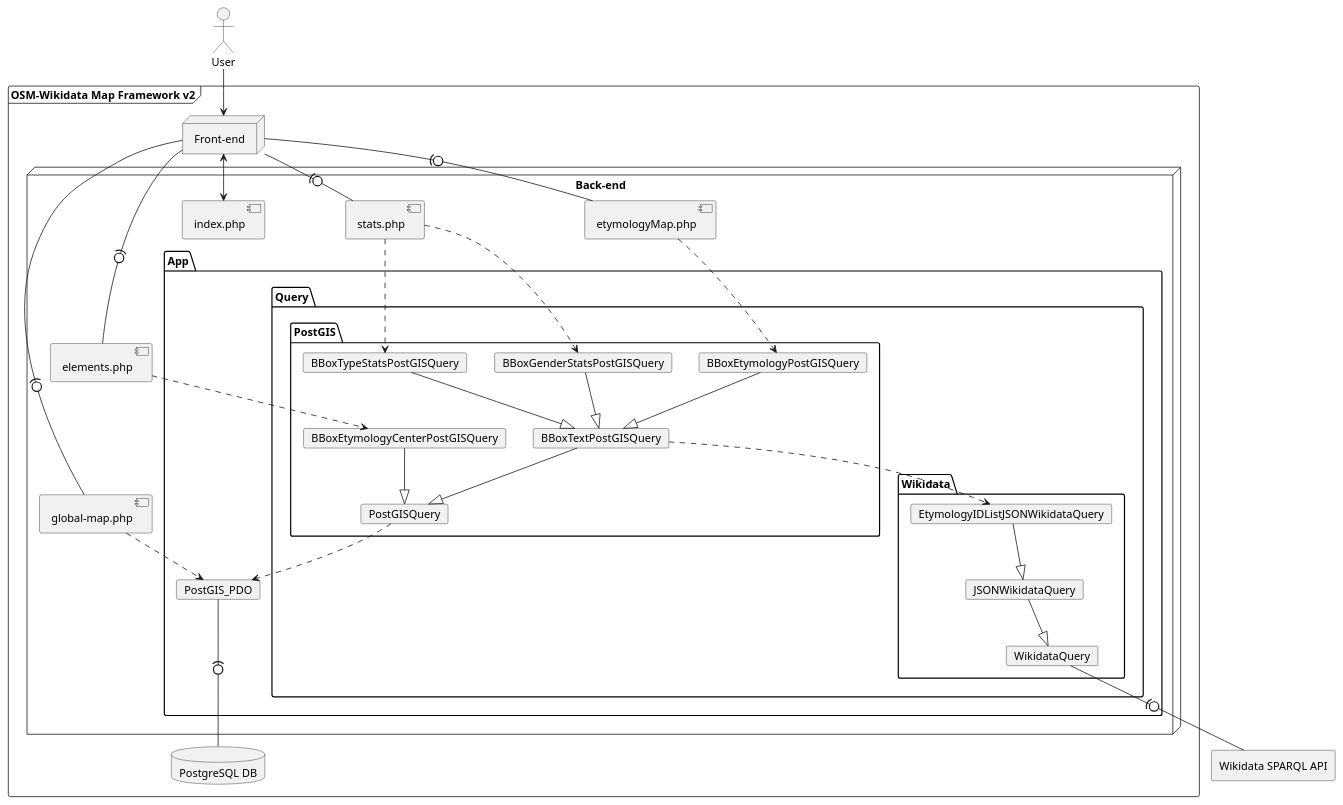
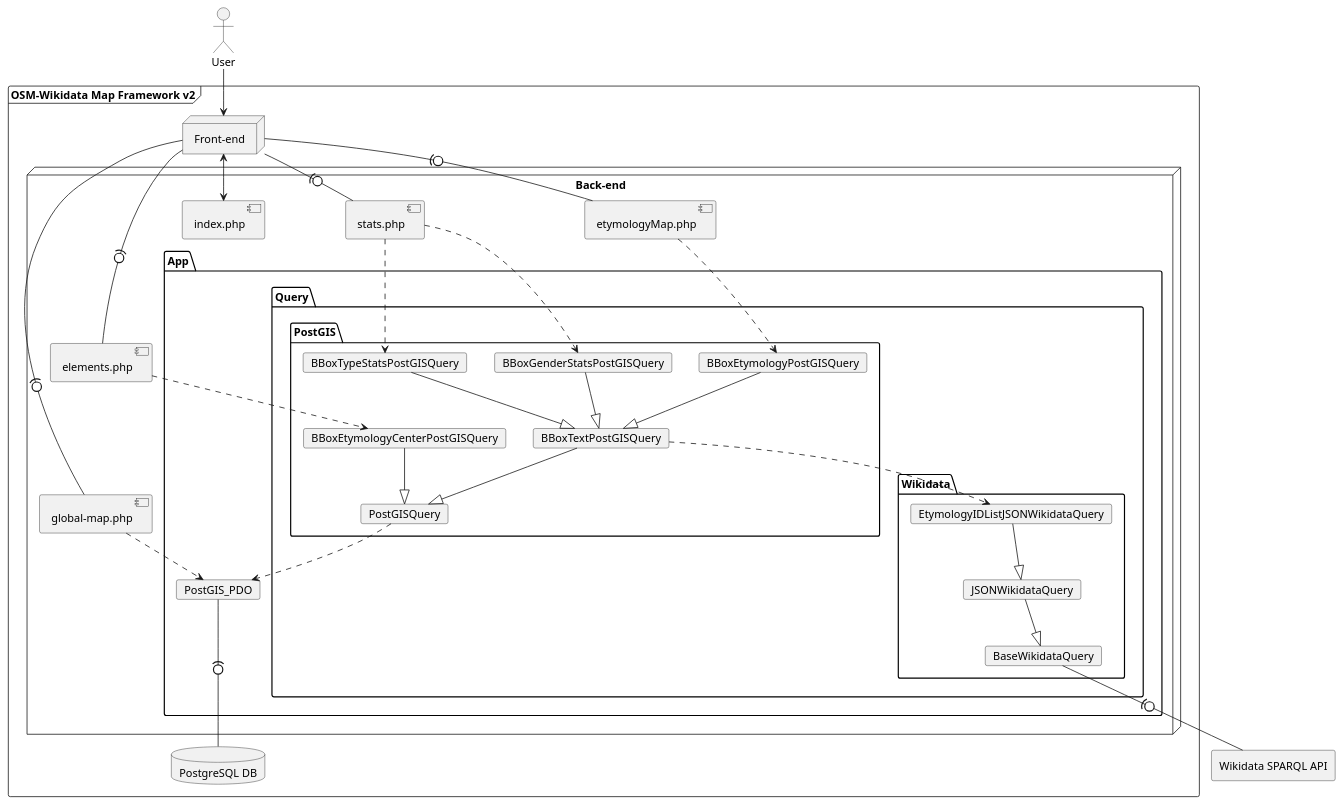
Before and after one commit to Danysan1/osm-wikidata-map-framework: the diagram in images/architecture/v2.plantuml, drawn with PlantUML. The commit also changed 30 other files, not shown here.

Commit message:
Return overpass/wikidata query in GeoJSON

```diff
--- a/images/architecture/v2.plantuml
+++ b/images/architecture/v2.plantuml
@@ -1,66 +1,66 @@
 @startuml v2
 
 actor user as "User"
 frame oem as "OSM-Wikidata Map Framework v2" {
     database db as "PostgreSQL DB"
     node fe as "Front-end"
     node be as "Back-end" {
         component globalMap as "global-map.php"
         component elements as "elements.php"
         component etymologyMap as "etymologyMap.php"
         component stats as "stats.php"
         component index as "index.php"
         package App {
             card PostGIS_PDO
             package Query {
                 package PostGIS {
                     card BBoxEtymologyPostGISQuery
                     card BBoxGenderStatsPostGISQuery
                     card BBoxTypeStatsPostGISQuery
                     card BBoxEtymologyCenterPostGISQuery
                     card BBoxTextPostGISQuery
                     card PostGISQuery
                 }
                 package Wikidata {
                     card EtymologyIDListJSONWikidataQuery
                     card JSONWikidataQuery
-                    card WikidataQuery
+                    card BaseWikidataQuery
                 }
             }
         }
     }
 }
 agent wikidata as "Wikidata SPARQL API"
 
 index <--> fe
 
 user --> fe
 
 fe -(0- globalMap
 fe -(0- etymologyMap
 fe -(0- elements
 fe -(0- stats
 
 
 etymologyMap ..> BBoxEtymologyPostGISQuery
 stats ..> BBoxGenderStatsPostGISQuery
 stats ..> BBoxTypeStatsPostGISQuery
 elements ..> BBoxEtymologyCenterPostGISQuery
 
 BBoxTextPostGISQuery --|> PostGISQuery
 BBoxEtymologyPostGISQuery --|> BBoxTextPostGISQuery
 BBoxGenderStatsPostGISQuery --|> BBoxTextPostGISQuery
 BBoxTypeStatsPostGISQuery --|> BBoxTextPostGISQuery
 BBoxEtymologyCenterPostGISQuery --|> PostGISQuery
 
 EtymologyIDListJSONWikidataQuery --|> JSONWikidataQuery
-JSONWikidataQuery --|> WikidataQuery
+JSONWikidataQuery --|> BaseWikidataQuery
 
 globalMap ..> PostGIS_PDO
 PostGISQuery ..> PostGIS_PDO
 PostGIS_PDO --(0- db
 BBoxTextPostGISQuery ..> EtymologyIDListJSONWikidataQuery
 
-WikidataQuery -(0- wikidata
+BaseWikidataQuery -(0- wikidata
 
 @enduml
```
